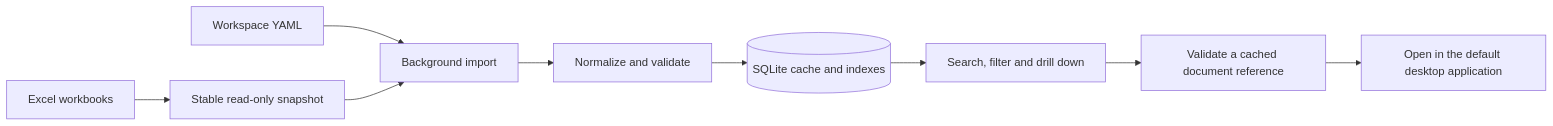
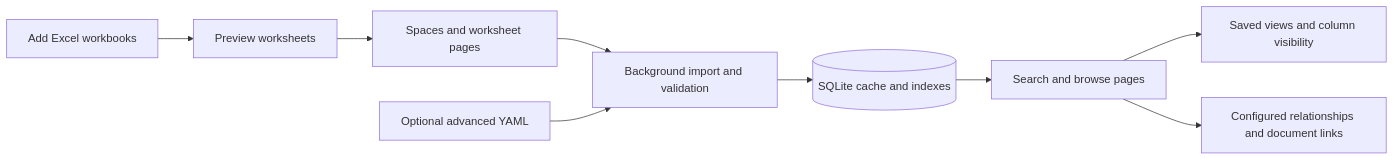
Before and after one commit to rados4y/excel-data-explorer: the diagram in README.md, drawn with Mermaid. The commit also changed other lines of this file and 43 other files, not shown here.

Commit message:
Add configuration-free Excel spaces, worksheet pages and saved views

````diff
--- a/README.md
+++ b/README.md
@@ -25,10 +32,11 @@
 ```mermaid
 flowchart LR
-    Y[Workspace YAML] --> I[Background import]
-    E[Excel workbooks] --> S[Stable read-only snapshot] --> I
-    I --> V[Normalize and validate]
-    V --> C[(SQLite cache and indexes)]
-    C --> U[Search, filter and drill down]
-    U --> D[Validate a cached document reference]
-    D --> O[Open in the default desktop application]
+    E[Add Excel workbooks] --> P[Preview worksheets]
+    P --> S[Spaces and worksheet pages]
+    S --> I[Background import and validation]
+    Y[Optional advanced YAML] --> I
+    I --> C[(SQLite cache and indexes)]
+    C --> U[Search and browse pages]
+    U --> V[Saved views and column visibility]
+    U --> D[Configured relationships and document links]
 ```
````
